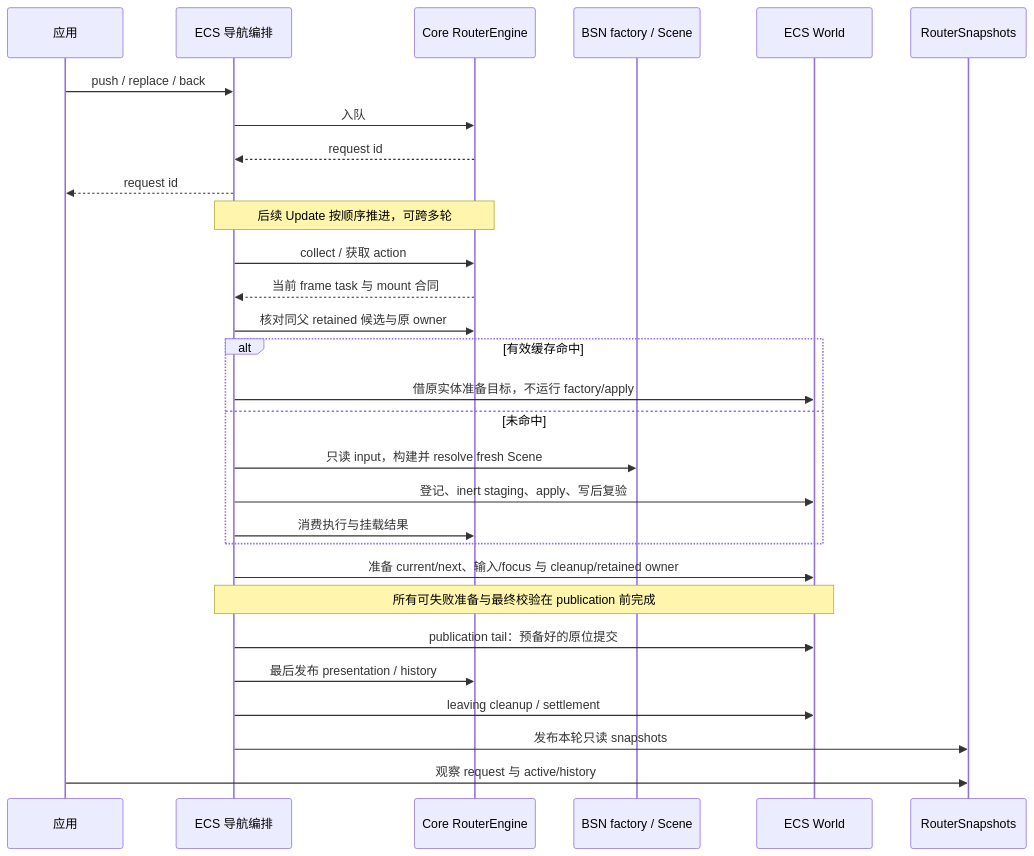
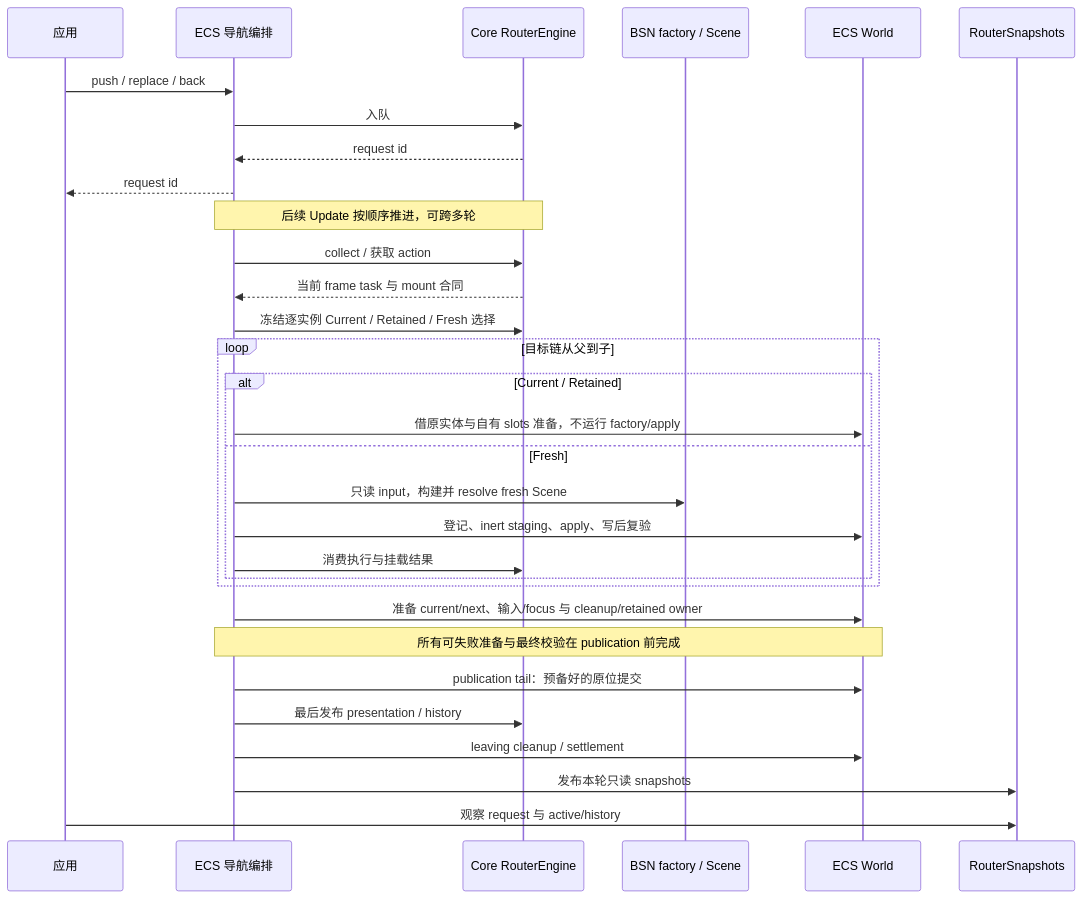
The second of 3 diagrams in docs/architecture/runtime.md (shengyusi-SYS/bevy_ui_router), drawn with Mermaid before and after one commit. The commit also changed other lines of this file and 41 other files, not shown here.

````diff
--- a/docs/architecture/runtime.md
+++ b/docs/architecture/runtime.md
@@ -48,31 +50,33 @@
 ```mermaid
 sequenceDiagram
     participant App as 应用
     participant Nav as ECS 导航编排
     participant Core as Core RouterEngine
     participant Scene as BSN factory / Scene
     participant World as ECS World
     participant Snap as RouterSnapshots
     App->>Nav: push / replace / back
     Nav->>Core: 入队
     Core-->>Nav: request id
     Nav-->>App: request id
     Note over Nav,Core: 后续 Update 按顺序推进，可跨多轮
     Nav->>Core: collect / 获取 action
     Core-->>Nav: 当前 frame task 与 mount 合同
-    Nav->>Core: 核对同父 retained 候选与原 owner
-    alt 有效缓存命中
-        Nav->>World: 借原实体准备目标，不运行 factory/apply
-    else 未命中
-        Nav->>Scene: 只读 input，构建并 resolve fresh Scene
-        Nav->>World: 登记、inert staging、apply、写后复验
-        Nav->>Core: 消费执行与挂载结果
+    Nav->>Core: 冻结逐实例 Current / Retained / Fresh 选择
+    loop 目标链从父到子
+        alt Current / Retained
+            Nav->>World: 借原实体与自有 slots 准备，不运行 factory/apply
+        else Fresh
+            Nav->>Scene: 只读 input，构建并 resolve fresh Scene
+            Nav->>World: 登记、inert staging、apply、写后复验
+            Nav->>Core: 消费执行与挂载结果
+        end
     end
     Nav->>World: 准备 current/next、输入/focus 与 cleanup/retained owner
     Note over Nav,World: 所有可失败准备与最终校验在 publication 前完成
     Nav->>World: publication tail：预备好的原位提交
     Nav->>Core: 最后发布 presentation / history
     Nav->>World: leaving cleanup / settlement
     Nav->>Snap: 发布本轮只读 snapshots
     App->>Snap: 观察 request 与 active/history
 ```
````
